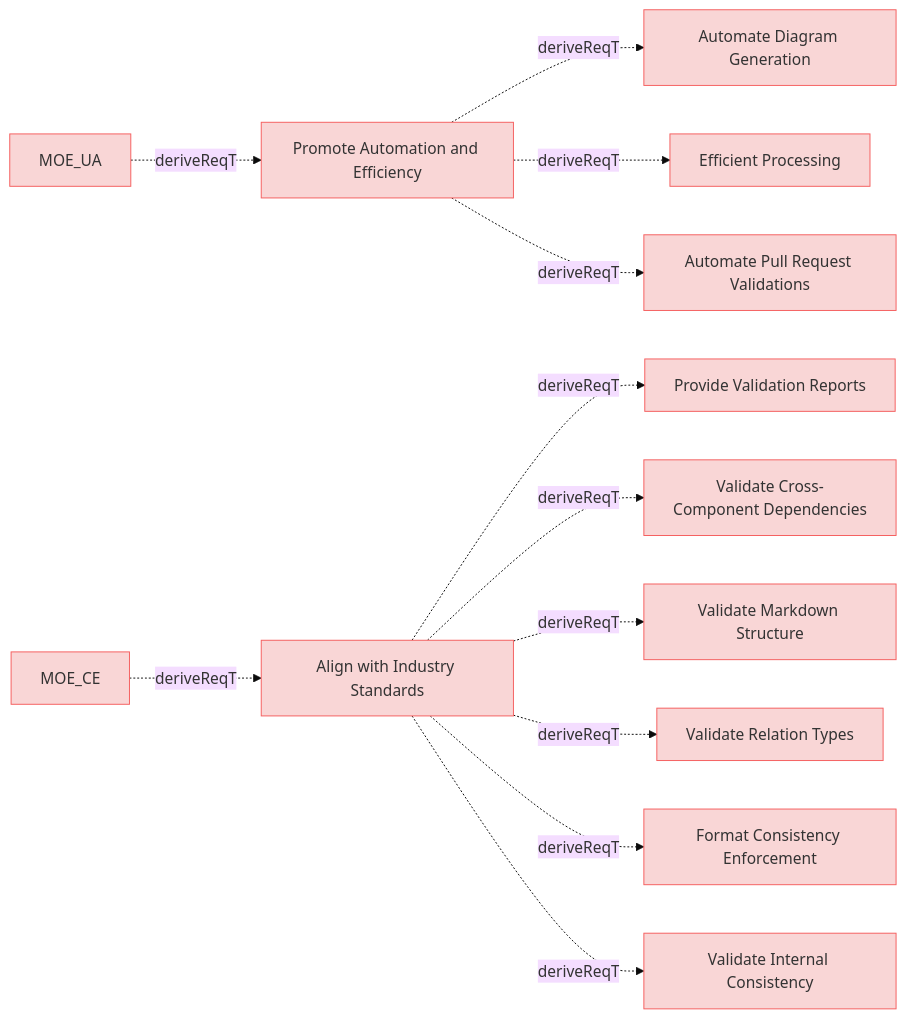
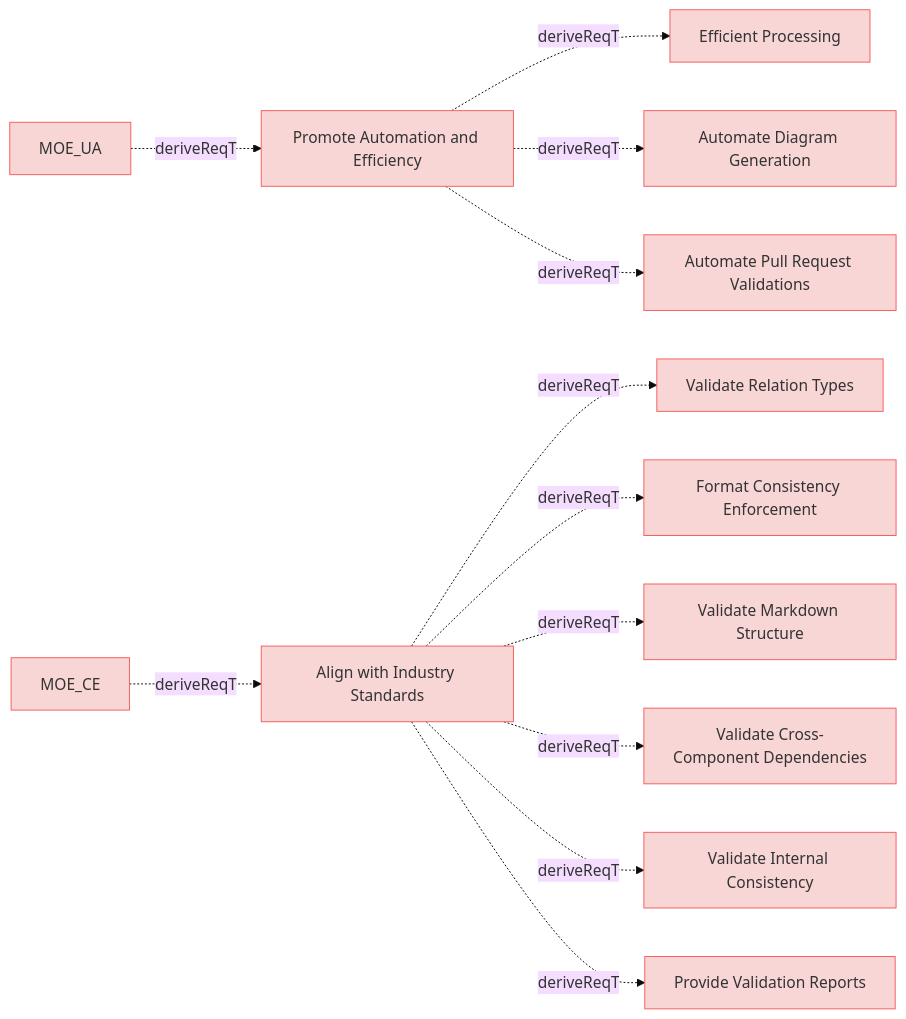
The diagram in specifications/MissionRequirements.md (reqvire-org/reqvire), drawn with Mermaid (base theme) before and after one commit. The commit also changed other lines of this file and 30 other files, not shown here.

````diff
--- a/specifications/MissionRequirements.md
+++ b/specifications/MissionRequirements.md
@@ -5,60 +5,60 @@
 ```mermaid
 graph LR;
   %% REQVIRE-AUTOGENERATED-DIAGRAM
   %% Graph styling
   classDef requirement fill:#f9d6d6,stroke:#f55f5f,stroke-width:1px;
   classDef verification fill:#d6f9d6,stroke:#5fd75f,stroke-width:1px;
   classDef externalLink fill:#d0e0ff,stroke:#3080ff,stroke-width:1px;
   classDef default fill:#f5f5f5,stroke:#333333,stroke-width:1px;
 
   80166c5161b33956["Promote Automation and Efficiency"];
   class 80166c5161b33956 requirement;
   click 80166c5161b33956 "MissionRequirements.md#promote-automation-and-efficiency";
+  d193d11c43776bec["Efficient Processing"];
+  class d193d11c43776bec requirement;
+  click d193d11c43776bec "ManagingMbseModelsRequirements.md#efficient-processing";
+  80166c5161b33956 -.->|deriveReqT| d193d11c43776bec;
   98a581084d5542fa["Automate Diagram Generation"];
   class 98a581084d5542fa requirement;
   click 98a581084d5542fa "UserRequirements.md#automate-diagram-generation";
   80166c5161b33956 -.->|deriveReqT| 98a581084d5542fa;
-  d193d11c43776bec["Efficient Processing"];
-  class d193d11c43776bec requirement;
-  click d193d11c43776bec "ManagingMbseModelsRequirements.md#efficient-processing";
-  80166c5161b33956 -.->|deriveReqT| d193d11c43776bec;
   15f2f511b2399406["Automate Pull Request Validations"];
   class 15f2f511b2399406 requirement;
   click 15f2f511b2399406 "UserRequirements.md#automate-pull-request-validations";
   80166c5161b33956 -.->|deriveReqT| 15f2f511b2399406;
   b74eec7ed767e7c["Align with Industry Standards"];
   class b74eec7ed767e7c requirement;
   click b74eec7ed767e7c "MissionRequirements.md#align-with-industry-standards";
-  ed31b6bed1cde2f8["Provide Validation Reports"];
-  class ed31b6bed1cde2f8 requirement;
-  click ed31b6bed1cde2f8 "UserRequirements.md#provide-validation-reports";
-  b74eec7ed767e7c -.->|deriveReqT| ed31b6bed1cde2f8;
-  3bd9d29239564eeb["Validate Cross-Component Dependencies"];
-  class 3bd9d29239564eeb requirement;
-  click 3bd9d29239564eeb "UserRequirements.md#validate-cross-component-dependencies";
-  b74eec7ed767e7c -.->|deriveReqT| 3bd9d29239564eeb;
-  586b073cd97908da["Validate Markdown Structure"];
-  class 586b073cd97908da requirement;
-  click 586b073cd97908da "UserRequirements.md#validate-markdown-structure";
-  b74eec7ed767e7c -.->|deriveReqT| 586b073cd97908da;
   f25cbfbca6d6d92e["Validate Relation Types"];
   class f25cbfbca6d6d92e requirement;
   click f25cbfbca6d6d92e "UserRequirements.md#validate-relation-types";
   b74eec7ed767e7c -.->|deriveReqT| f25cbfbca6d6d92e;
   974ccf933675ef44["Format Consistency Enforcement"];
   class 974ccf933675ef44 requirement;
   click 974ccf933675ef44 "UserRequirements.md#format-consistency-enforcement";
   b74eec7ed767e7c -.->|deriveReqT| 974ccf933675ef44;
+  586b073cd97908da["Validate Markdown Structure"];
+  class 586b073cd97908da requirement;
+  click 586b073cd97908da "UserRequirements.md#validate-markdown-structure";
+  b74eec7ed767e7c -.->|deriveReqT| 586b073cd97908da;
+  3bd9d29239564eeb["Validate Cross-Component Dependencies"];
+  class 3bd9d29239564eeb requirement;
+  click 3bd9d29239564eeb "UserRequirements.md#validate-cross-component-dependencies";
+  b74eec7ed767e7c -.->|deriveReqT| 3bd9d29239564eeb;
   c50887ce89be280a["Validate Internal Consistency"];
   class c50887ce89be280a requirement;
   click c50887ce89be280a "UserRequirements.md#validate-internal-consistency";
   b74eec7ed767e7c -.->|deriveReqT| c50887ce89be280a;
+  ed31b6bed1cde2f8["Provide Validation Reports"];
+  class ed31b6bed1cde2f8 requirement;
+  click ed31b6bed1cde2f8 "UserRequirements.md#provide-validation-reports";
+  b74eec7ed767e7c -.->|deriveReqT| ed31b6bed1cde2f8;
   2c5f30f14e792200["MOE_UA"];
   class 2c5f30f14e792200 requirement;
   click 2c5f30f14e792200 "MOEs.md#moe_ua";
   2c5f30f14e792200 -.->|deriveReqT| 80166c5161b33956;
   e9ad540a6411a0fc["MOE_CE"];
   class e9ad540a6411a0fc requirement;
   click e9ad540a6411a0fc "MOEs.md#moe_ce";
   e9ad540a6411a0fc -.->|deriveReqT| b74eec7ed767e7c;
 ```
````
